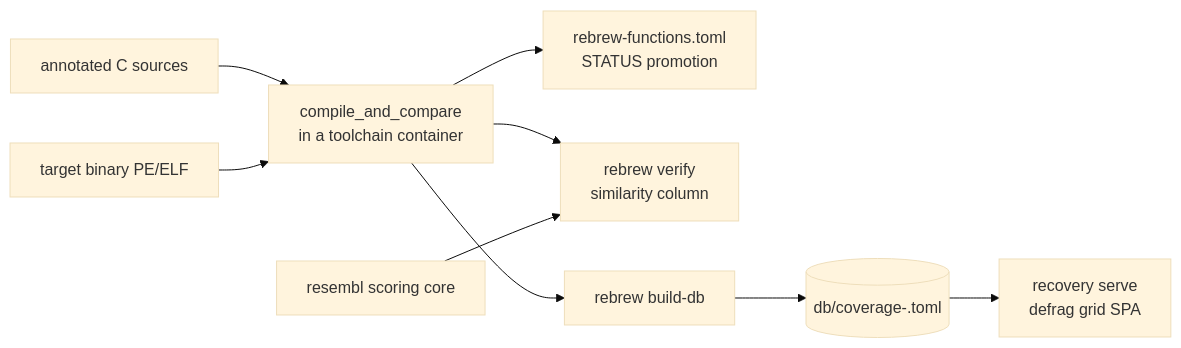
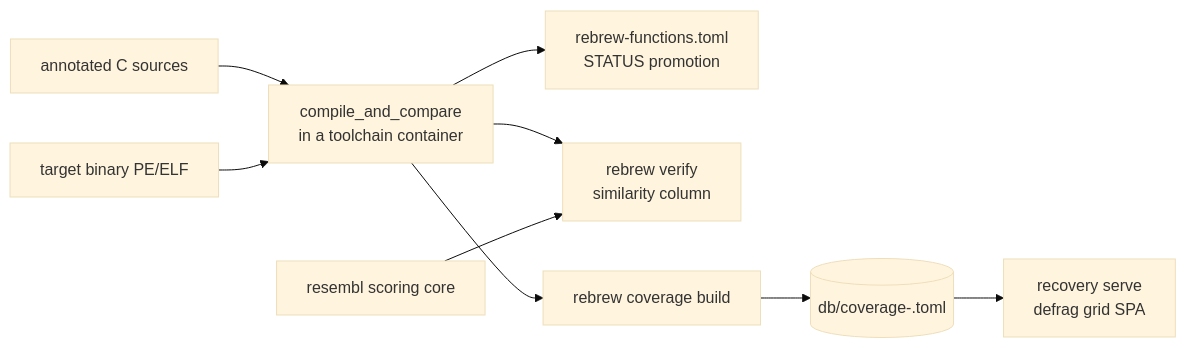
The third of 3 diagrams in docs/ECOSYSTEM.md (maci0/rebrew), drawn with Mermaid (base theme) before and after one commit. The commit also changed other lines of this file and 366 other files, not shown here.

````diff
--- a/docs/ECOSYSTEM.md
+++ b/docs/ECOSYSTEM.md
@@ -323,11 +323,11 @@
 ```mermaid
 flowchart LR
     SRC["annotated C sources"] --> CMP["compile_and_compare<br/>in a toolchain container"]
     BIN["target binary PE/ELF"] --> CMP
     CMP --> MET["rebrew-functions.toml<br/>STATUS promotion"]
     CMP --> VFY["rebrew verify<br/>similarity column"]
     RES["resembl scoring core"] --> VFY
-    CMP --> BDB["rebrew build-db"]
+    CMP --> BDB["rebrew coverage build"]
     BDB --> DB[("db/coverage-<target>.toml")]
     DB --> DASH["recovery serve<br/>defrag grid SPA"]
 ```
````
